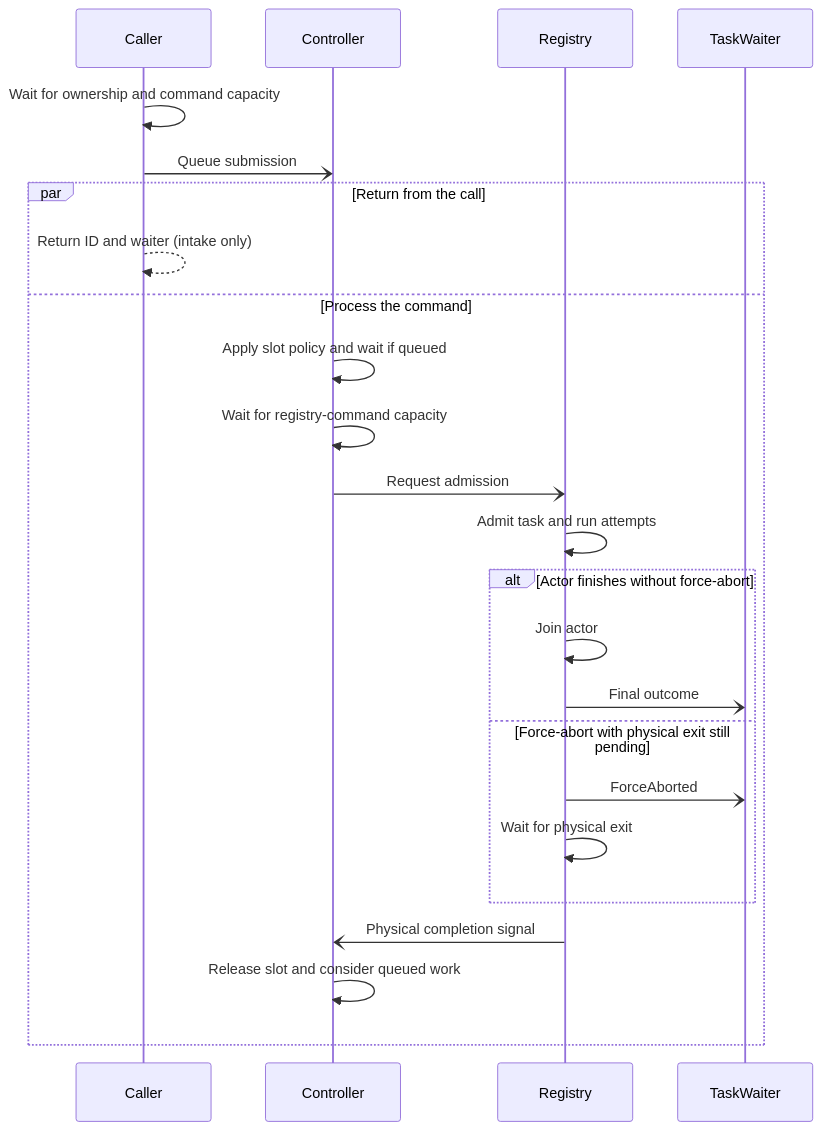
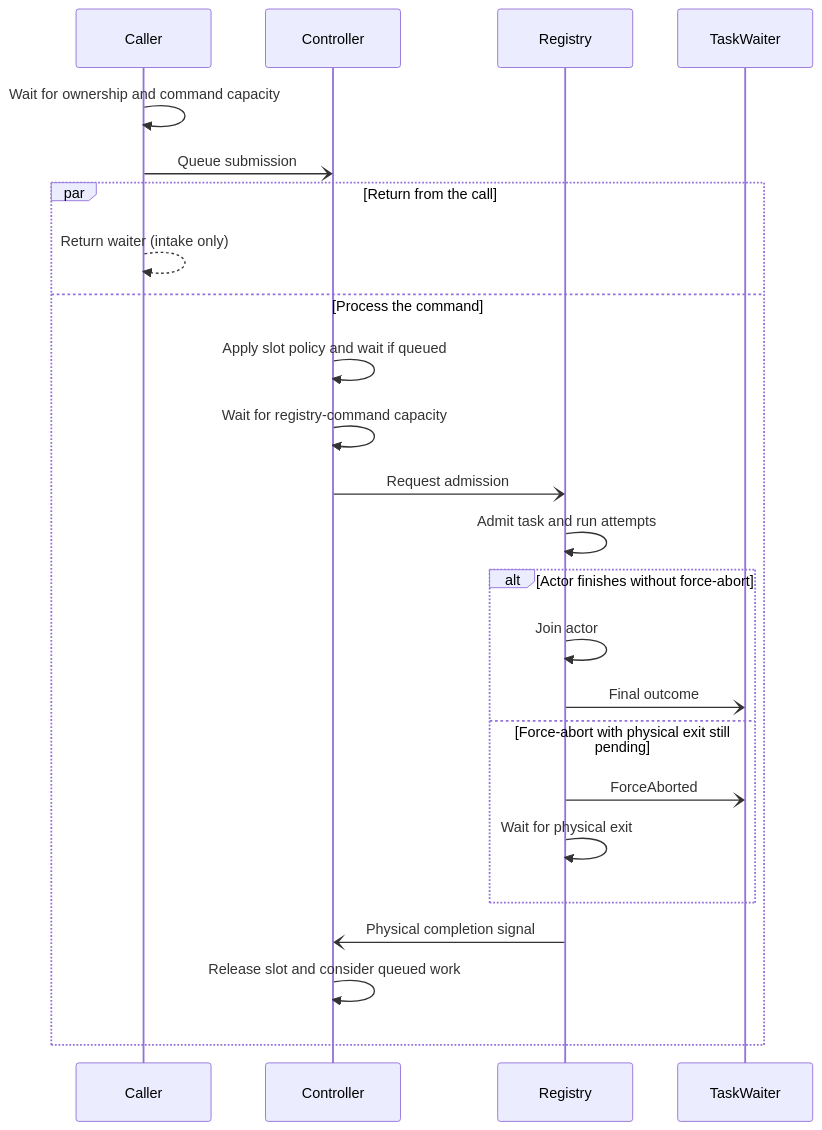
Before and after one commit to soltiHQ/taskvisor: the diagram in docs/keyed-admission.md, drawn with Mermaid. The commit also changed other lines of this file and 70 other files, not shown here.

````diff
--- a/docs/keyed-admission.md
+++ b/docs/keyed-admission.md
@@ -79,28 +79,28 @@
 ```mermaid
 sequenceDiagram
 accTitle: Controller intake, admission, and slot release
 accDescr: Caller return and command processing can race, and slot release waits for logical and physical completion.
 participant Caller
 participant Controller
 participant Registry
 participant Waiter as TaskWaiter
 Caller->>Caller: Wait for ownership and command capacity
 Caller-)Controller: Queue submission
 par Return from the call
-    Caller-->>Caller: Return ID and waiter (intake only)
+    Caller-->>Caller: Return waiter (intake only)
 and Process the command
     Controller->>Controller: Apply slot policy and wait if queued
     Controller->>Controller: Wait for registry-command capacity
     Controller-)Registry: Request admission
     Registry->>Registry: Admit task and run attempts
     alt Actor finishes without force-abort
         Registry->>Registry: Join actor
         Registry-)Waiter: Final outcome
     else Force-abort with physical exit still pending
         Registry-)Waiter: ForceAborted
         Registry->>Registry: Wait for physical exit
     end
     Registry-)Controller: Physical completion signal
     Controller->>Controller: Release slot and consider queued work
 end
 ```
````
